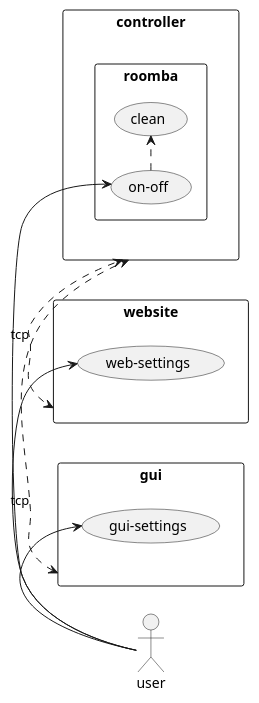
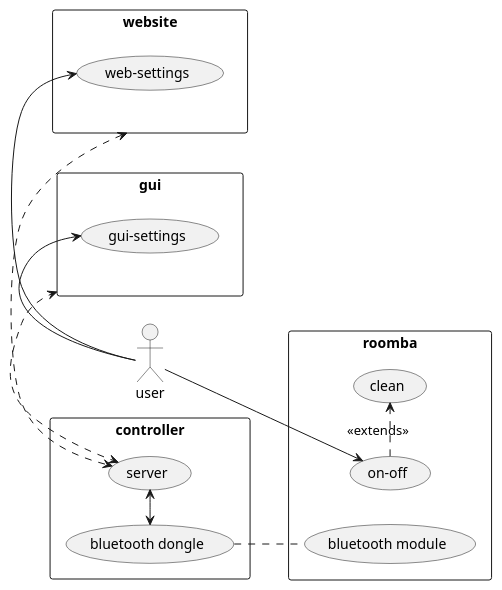
The diagram in UML/use-case.puml (VvWijhe/Cleanify), drawn with PlantUML before and after one commit.

Commit message:
updated use case uml

```diff
--- a/UML/use-case.puml
+++ b/UML/use-case.puml
@@ -1,24 +1,27 @@
 @startuml
 left to right direction
 skinparam packageStyle rectangle
 
 actor user
 
 rectangle gui {
   user -> (gui-settings)
 }
 
 rectangle website {
   user -> (web-settings)
 }
 
 rectangle controller {
-  rectangle roomba {
-    user -> (on-off)
-    (on-off) .> (clean)
-  }
+  (bluetooth dongle) <-> (server)
 }
 
-gui <.> controller : tcp
-website <.> controller : tcp
+rectangle roomba {
+   (bluetooth dongle) ..(bluetooth module)
+   user -> (on-off)
+   (on-off) .> (clean) : <<extends>>
+}
+
+gui <.> server
+website <.> server
 @enduml
```
